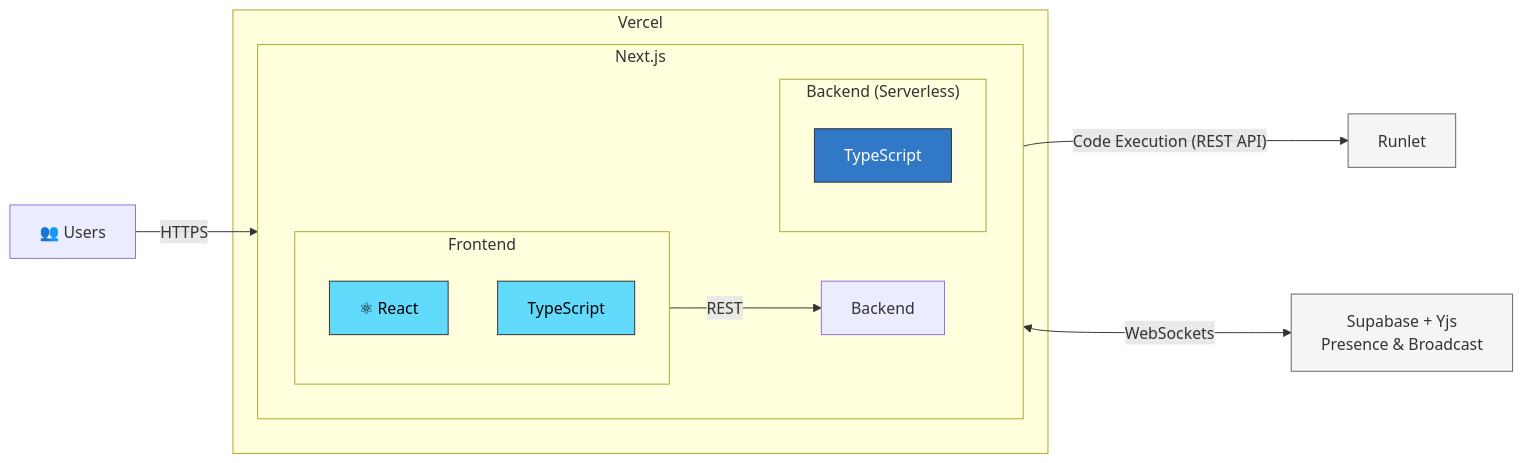
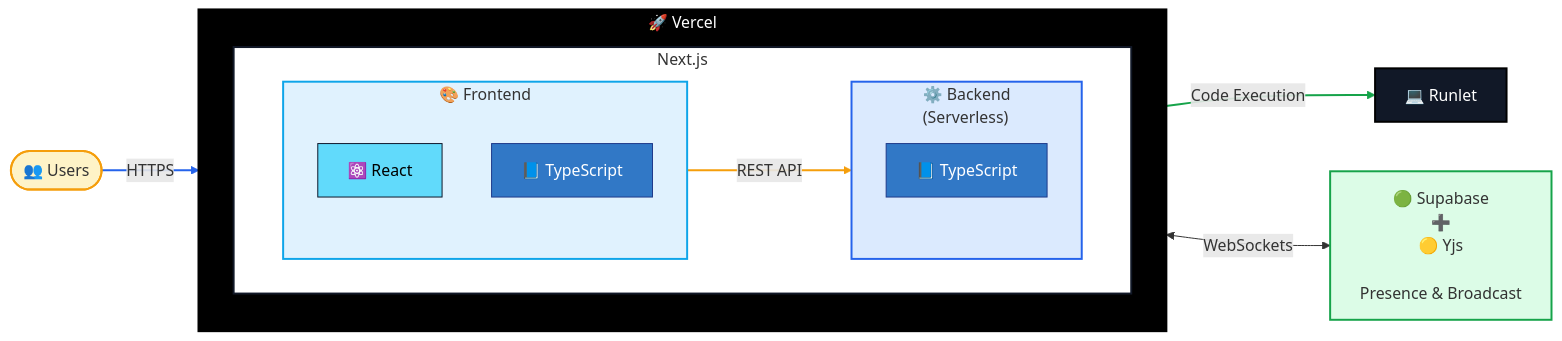
Before and after one commit to Nravitejareddy/Dev-Along: the diagram in README.md, drawn with Mermaid.

````diff
--- a/README.md
+++ b/README.md
@@ -23,36 +23,62 @@
 ```mermaid
 flowchart LR
-    classDef frontend fill:#61dafb,color:#000,stroke:#333;
-    classDef backend fill:#3178c6,color:#fff,stroke:#333;
-    classDef external fill:#f5f5f5,stroke:#666;
 
-    U[👥 Users]
+%% =========================
+%% Nodes
+%% =========================
+U([👥 Users])
 
-    subgraph Vercel
-        subgraph "Next.js"
-            direction LR
+subgraph V["🚀 Vercel"]
+direction TB
 
-            subgraph Frontend
-                React["⚛ React"]
-                FTS["TypeScript"]
-            end
+    subgraph N["Next.js"]
+    direction LR
 
-            subgraph "Backend (Serverless)"
-                BTS["TypeScript"]
-            end
+        subgraph FE["🎨 Frontend"]
+        direction TB
+            React["⚛️ React"]
+            TS1["📘 TypeScript"]
+        end
 
-            Frontend -->|REST| Backend
+        subgraph BE["⚙️ Backend<br/>(Serverless)"]
+        direction TB
+            TS2["📘 TypeScript"]
         end
+
+        FE -->|REST API| BE
     end
+end
 
-    Runlet["Runlet"]
-    Supabase["Supabase + Yjs<br/>Presence & Broadcast"]
+Runlet["💻 Runlet"]
+Supabase["🟢 Supabase<br/>➕<br/>🟡 Yjs<br/><br/>Presence & Broadcast"]
 
-    U -->|HTTPS| Frontend
-    Backend -->|"Code Execution (REST API)"| Runlet
-    Frontend <-->|WebSockets| Supabase
+%% =========================
+%% Connections
+%% =========================
+U -->|HTTPS| FE
+BE -->|"Code Execution"| Runlet
+FE <-->|WebSockets| Supabase
 
-    class React,FTS frontend
-    class BTS backend
-    class Runlet,Supabase external
+%% =========================
+%% Styles
+%% =========================
+
+style V fill:#000000,stroke:#000000,color:#ffffff,stroke-width:3px
+style N fill:#ffffff,stroke:#111827,stroke-width:2px
+
+style FE fill:#E0F2FE,stroke:#0EA5E9,stroke-width:2px
+style BE fill:#DBEAFE,stroke:#2563EB,stroke-width:2px
+
+style React fill:#61DAFB,stroke:#0F172A,color:#000
+style TS1 fill:#3178C6,stroke:#1E3A8A,color:#fff
+style TS2 fill:#3178C6,stroke:#1E3A8A,color:#fff
+
+style Runlet fill:#111827,color:#ffffff,stroke:#000000,stroke-width:2px
+style Supabase fill:#DCFCE7,stroke:#16A34A,stroke-width:2px
+
+style U fill:#FEF3C7,stroke:#F59E0B,stroke-width:2px
+
+linkStyle 0 stroke:#F59E0B,stroke-width:2px
+linkStyle 1 stroke:#2563EB,stroke-width:2px
+linkStyle 2 stroke:#16A34A,stroke-width:2px
 ```
````
